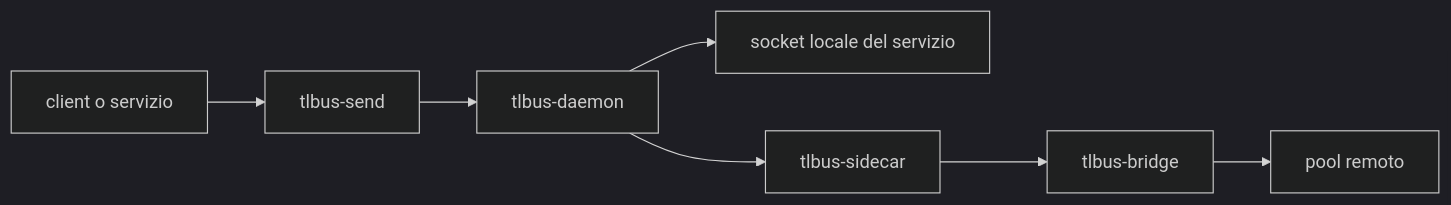
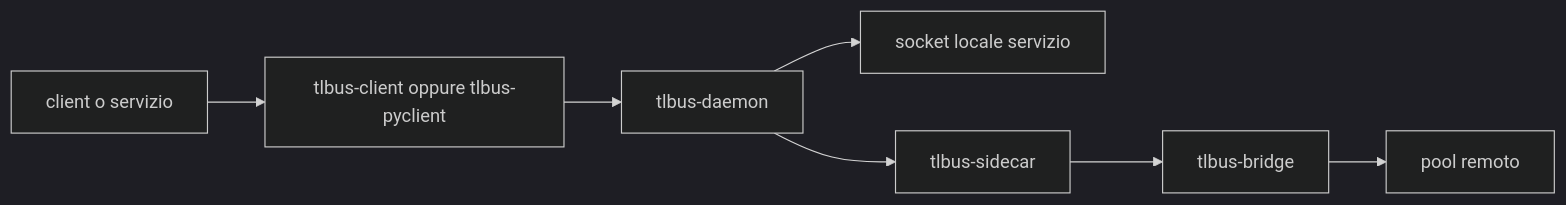
One commit to TL-BUS/tlbus changed the diagram in READMEIT.md. Above: the diagram before and after it, drawn with Mermaid (dark theme). The commit also changed other lines of this file and 21 other files, not shown here.

````diff
--- a/READMEIT.md
+++ b/READMEIT.md
@@ -42,9 +47,9 @@
 ```mermaid
 flowchart LR
-  App[client o servizio] --> Send[tlbus-send]
-  Send --> Daemon[tlbus-daemon]
-  Daemon --> LocalSvc[socket locale del servizio]
+  App[client o servizio] --> Client[tlbus-client oppure tlbus-pyclient]
+  Client --> Daemon[tlbus-daemon]
+  Daemon --> LocalSvc[socket locale servizio]
   Daemon --> Sidecar[tlbus-sidecar]
   Sidecar --> Bridge[tlbus-bridge]
   Bridge --> RemotePool[pool remoto]
 ```
````
